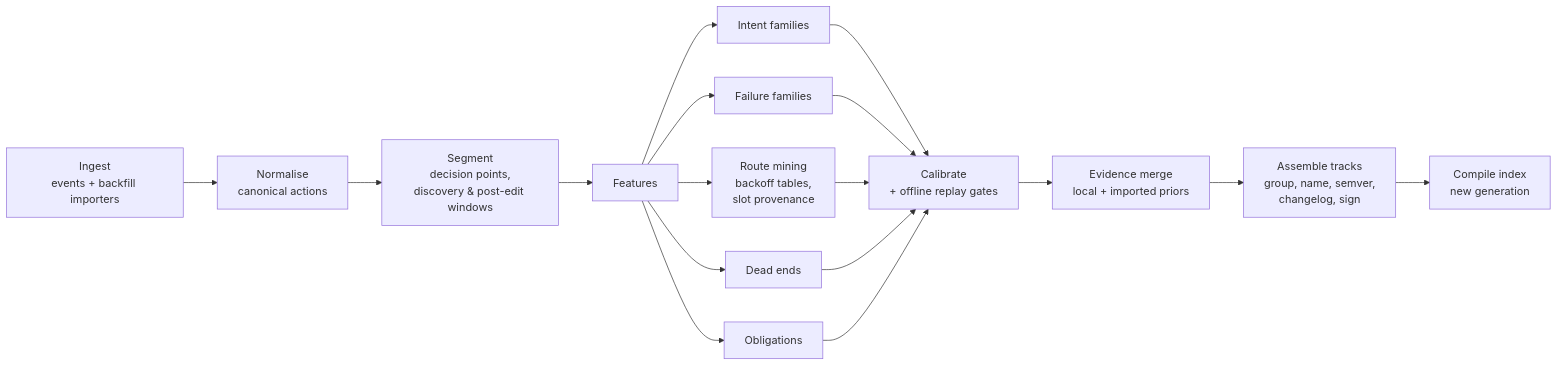
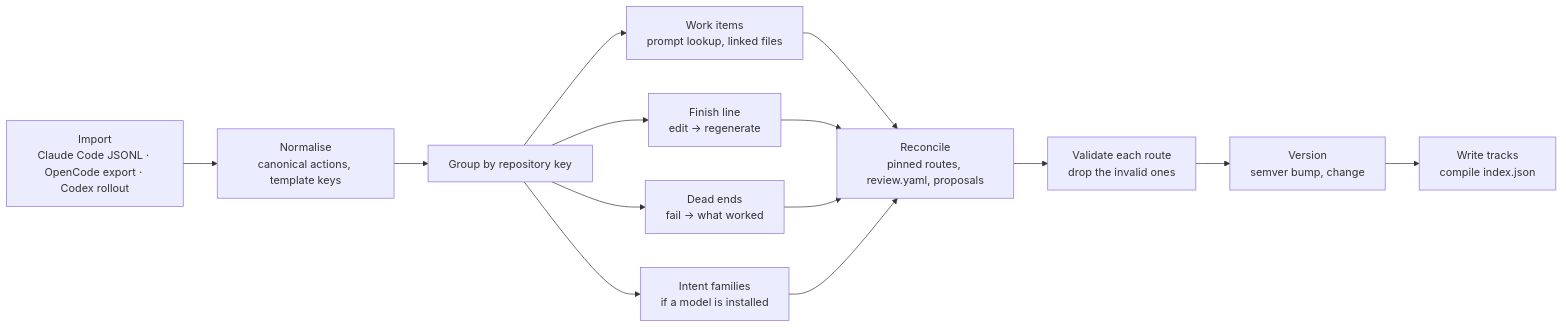
Before and after one commit to stevenvaughanbooth/adage: the fourth of 4 diagrams in docs/Adage — Architecture.md, drawn with Mermaid. The commit also changed other lines of this file, not shown here.

First line of the commit message:
Architecture draft 3, as built

````diff
--- a/docs/Adage — Architecture.md
+++ b/docs/Adage — Architecture.md
@@ -292,15 +312,13 @@
 ```mermaid
 flowchart LR
-  I[Ingest<br/>events + backfill importers] --> N[Normalise<br/>canonical actions]
-  N --> S[Segment<br/>decision points,<br/>discovery & post-edit windows]
-  S --> F[Features]
-  F --> IF[Intent families]
-  F --> FF[Failure families]
-  F --> RM[Route mining<br/>backoff tables,<br/>slot provenance]
-  F --> DE[Dead ends]
-  F --> OB[Obligations]
-  IF & FF & RM & DE & OB --> C[Calibrate<br/>+ offline replay gates]
-  C --> E[Evidence merge<br/>local + imported priors]
-  E --> A[Assemble tracks<br/>group, name, semver,<br/>changelog, sign]
-  A --> X[Compile index<br/>new generation]
+  I[Import<br/>Claude Code JSONL · OpenCode export · Codex rollout] --> N[Normalise<br/>canonical actions, template keys]
+  N --> G[Group by repository key]
+  G --> W[Work items<br/>prompt lookup, linked files]
+  G --> F[Finish line<br/>edit → regenerate]
+  G --> DE[Dead ends<br/>fail → what worked]
+  G --> IN[Intent families<br/>if a model is installed]
+  W & F & DE & IN --> R[Reconcile<br/>pinned routes, review.yaml, proposals]
+  R --> V[Validate each route<br/>drop the invalid ones]
+  V --> S[Version<br/>semver bump, change]
+  S --> X[Write tracks<br/>compile index.json]
 ```
````
